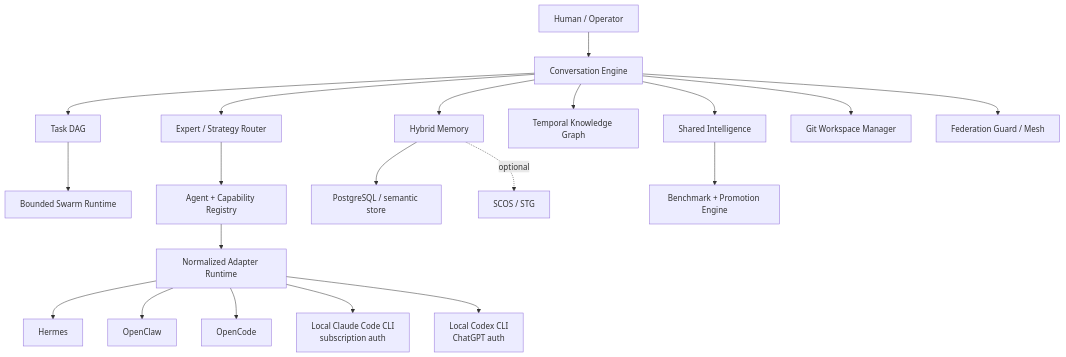
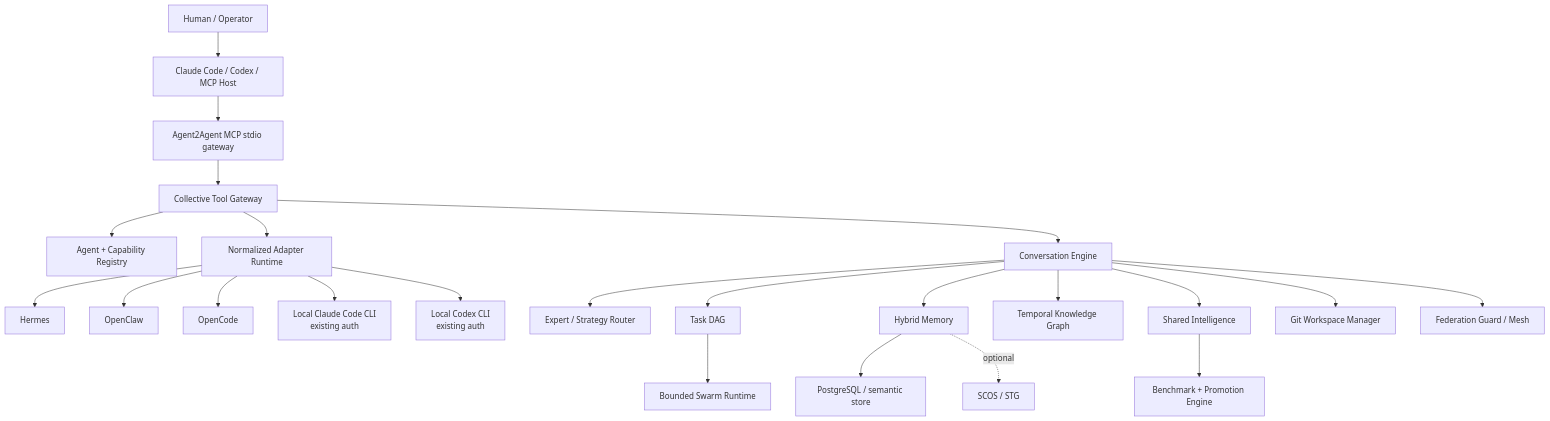
One commit to dylmarriner/agent2agent changed the diagram in README.md. Above: the diagram before and after it, drawn with Mermaid. The commit also changed other lines of this file, not shown here.

Commit message:
docs(mcp): document collective gateway setup

````diff
--- a/README.md
+++ b/README.md
@@ -49,22 +95,25 @@
 ```mermaid
 flowchart TB
-    Human[Human / Operator] --> Conversation[Conversation Engine]
+    Human[Human / Operator] --> Host[Claude Code / Codex / MCP Host]
+    Host --> MCP[Agent2Agent MCP stdio gateway]
+    MCP --> Gateway[Collective Tool Gateway]
+    Gateway --> Registry[Agent + Capability Registry]
+    Gateway --> Adapters[Normalized Adapter Runtime]
+    Adapters --> Hermes[Hermes]
+    Adapters --> OpenClaw[OpenClaw]
+    Adapters --> OpenCode[OpenCode]
+    Adapters --> Claude[Local Claude Code CLI\nexisting auth]
+    Adapters --> Codex[Local Codex CLI\nexisting auth]
+    Gateway --> Conversation[Conversation Engine]
     Conversation --> Router[Expert / Strategy Router]
     Conversation --> Tasks[Task DAG]
     Tasks --> Swarm[Bounded Swarm Runtime]
-    Router --> Registry[Agent + Capability Registry]
-    Registry --> Adapters[Normalized Adapter Runtime]
-    Adapters --> Hermes[Hermes]
-    Adapters --> OpenClaw[OpenClaw]
-    Adapters --> OpenCode[OpenCode]
-    Adapters --> Claude[Local Claude Code CLI\nsubscription auth]
-    Adapters --> Codex[Local Codex CLI\nChatGPT auth]
     Conversation --> Memory[Hybrid Memory]
     Memory --> Authoritative[PostgreSQL / semantic store]
     Memory -. optional .-> STG[SCOS / STG]
     Conversation --> Graph[Temporal Knowledge Graph]
     Conversation --> Intelligence[Shared Intelligence]
     Intelligence --> Eval[Benchmark + Promotion Engine]
     Conversation --> Workspaces[Git Workspace Manager]
     Conversation --> Federation[Federation Guard / Mesh]
 ```
````
